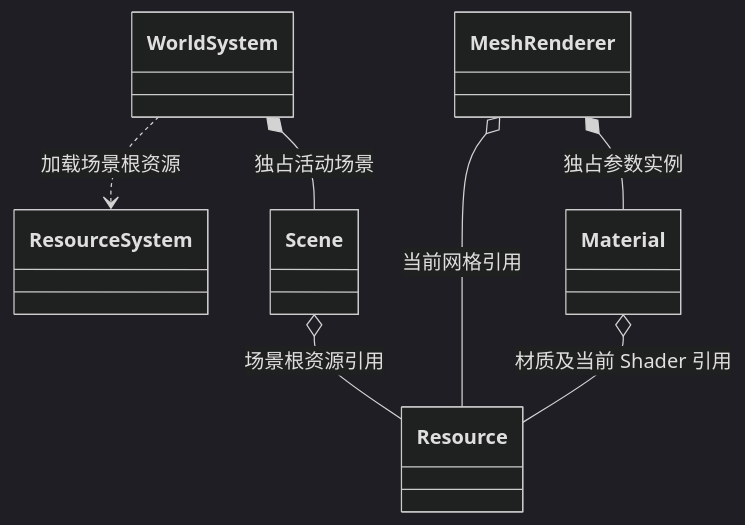
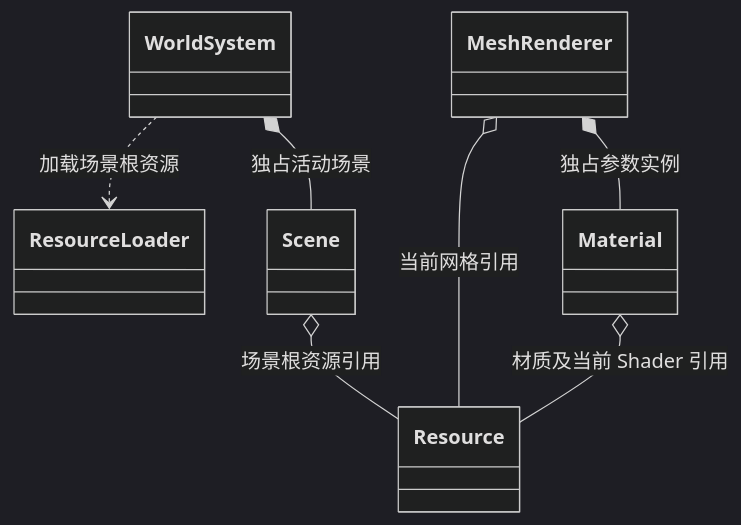
The fourth of 7 diagrams in docs/runtime/class-diagrams/resource-system.md (lcals/Engine), drawn with Mermaid (dark theme) before and after one commit. The commit also changed other lines of this file and 194 other files, not shown here.

````diff
--- a/docs/runtime/class-diagrams/resource-system.md
+++ b/docs/runtime/class-diagrams/resource-system.md
@@ -77,16 +88,16 @@
 ```mermaid
 classDiagram
     direction TB
     class WorldSystem
     class Scene
     class MeshRenderer
     class Material
-    class ResourceSystem
+    class ResourceLoader
     class Resource
-    WorldSystem ..> ResourceSystem : 加载场景根资源
+    WorldSystem ..> ResourceLoader : 加载场景根资源
     WorldSystem *-- Scene : 独占活动场景
     Scene o-- Resource : 场景根资源引用
     MeshRenderer o-- Resource : 当前网格引用
     MeshRenderer *-- Material : 独占参数实例
     Material o-- Resource : 材质及当前 Shader 引用
 ```
````
